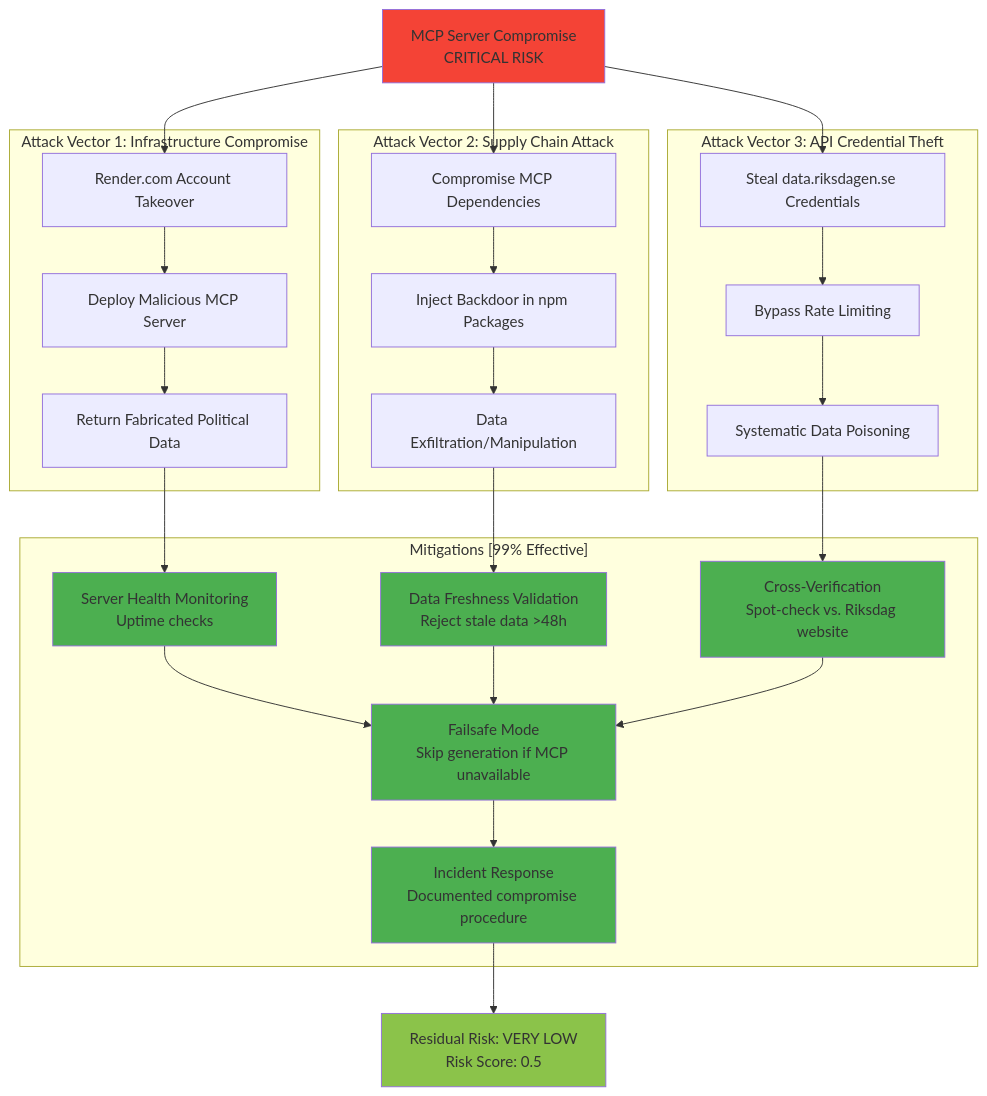
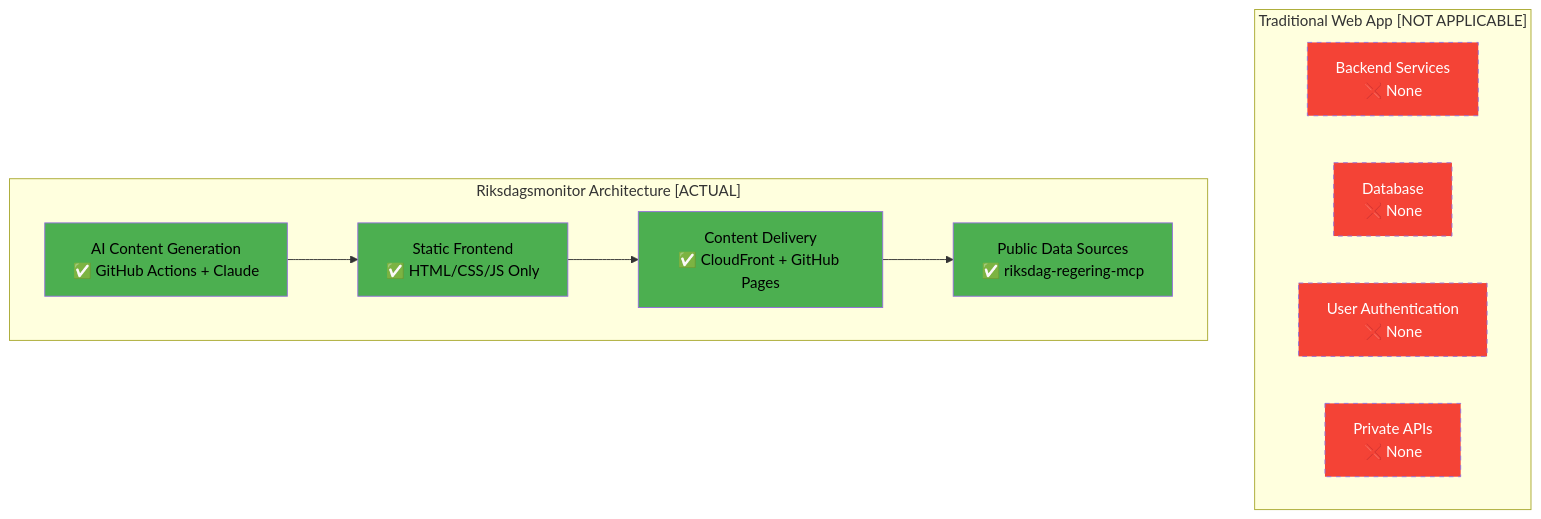
The seventh of 9 diagrams in THREAT_MODEL.md (Hack23/riksdagsmonitor), drawn with Mermaid before and after one commit. The commit also changed other lines of this file, not shown here.

````diff
--- a/THREAT_MODEL.md
+++ b/THREAT_MODEL.md
@@ -1643,59 +1752,29 @@
 ```mermaid
 graph TB
-    Goal[MCP Server Compromise<br/>CRITICAL RISK]
-    
-    subgraph "Attack Vector 1: Infrastructure Compromise"
-        A1[Render.com Account Takeover]
-        A2[Deploy Malicious MCP Server]
-        A3[Return Fabricated Political Data]
-        A1 --> A2
-        A2 --> A3
+    subgraph "Traditional Web App [NOT APPLICABLE]"
+        Backend[Backend Services<br/>❌ None]
+        Database[Database<br/>❌ None]
+        Auth[User Authentication<br/>❌ None]
+        API[Private APIs<br/>❌ None]
     end
     
-    subgraph "Attack Vector 2: Supply Chain Attack"
-        B1[Compromise MCP Dependencies]
-        B2[Inject Backdoor in npm Packages]
-        B3[Data Exfiltration/Manipulation]
-        B1 --> B2
-        B2 --> B3
+    subgraph "Riksdagsmonitor Architecture [ACTUAL]"
+        Frontend[Static Frontend<br/>✅ HTML/CSS/JS Only]
+        CDN[Content Delivery<br/>✅ CloudFront + GitHub Pages]
+        PublicData[Public Data Sources<br/>✅ riksdag-regering-mcp]
+        AIGen[AI Content Generation<br/>✅ GitHub Actions + Claude]
     end
     
-    subgraph "Attack Vector 3: API Credential Theft"
-        C1[Steal data.riksdagen.se Credentials]
-        C2[Bypass Rate Limiting]
-        C3[Systematic Data Poisoning]
-        C1 --> C2
-        C2 --> C3
-    end
+    Frontend --> CDN
+    CDN --> PublicData
+    AIGen --> Frontend
     
-    subgraph "Mitigations [99% Effective]"
-        M1[Server Health Monitoring<br/>Uptime checks]
-        M2[Data Freshness Validation<br/>Reject stale data >48h]
-        M3[Cross-Verification<br/>Spot-check vs. Riksdag website]
-        M4[Failsafe Mode<br/>Skip generation if MCP unavailable]
-        M5[Incident Response<br/>Documented compromise procedure]
-    end
-    
-    Goal --> A1
-    Goal --> B1
-    Goal --> C1
-    
-    A3 --> M1
-    B3 --> M2
-    C3 --> M3
-    
-    M1 --> M4
-    M2 --> M4
-    M3 --> M4
-    M4 --> M5
-    
-    M5 --> Residual[Residual Risk: VERY LOW<br/>Risk Score: 0.5]
-    
-    style Goal fill:#f44336
-    style Residual fill:#8bc34a
-    style M1 fill:#4caf50
-    style M2 fill:#4caf50
-    style M3 fill:#4caf50
-    style M4 fill:#4caf50
-    style M5 fill:#4caf50
+    style Backend fill:#f44336,color:#fff,stroke-dasharray: 5 5
+    style Database fill:#f44336,color:#fff,stroke-dasharray: 5 5
+    style Auth fill:#f44336,color:#fff,stroke-dasharray: 5 5
+    style API fill:#f44336,color:#fff,stroke-dasharray: 5 5
+    style Frontend fill:#4caf50,color:#000
+    style CDN fill:#4caf50,color:#000
+    style PublicData fill:#4caf50,color:#000
+    style AIGen fill:#4caf50,color:#000
 ```
````
